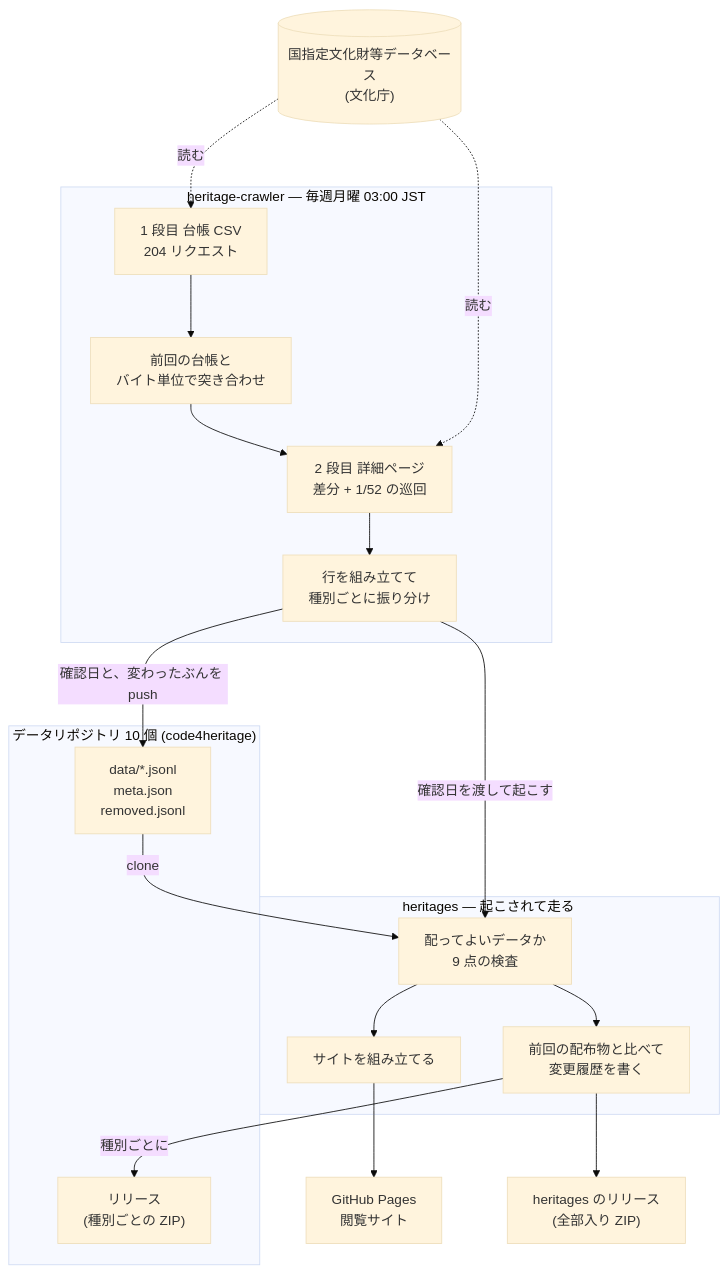
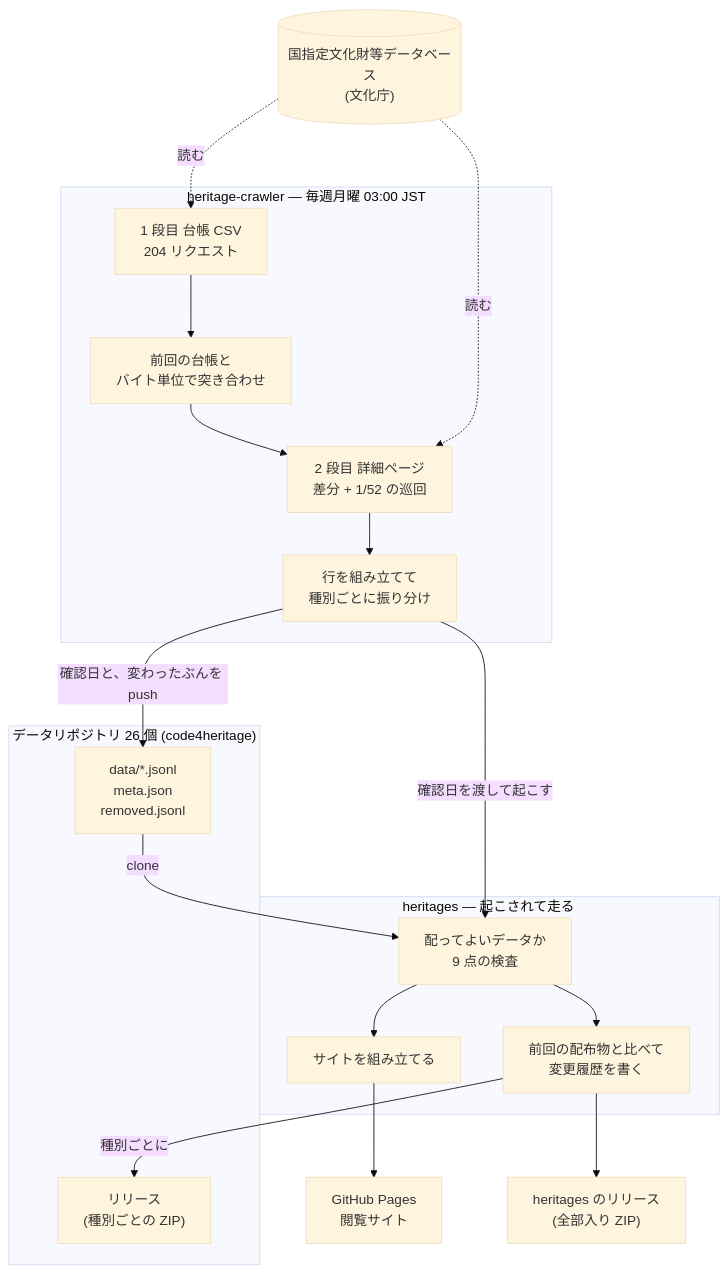
Before and after one commit to shinyaoguri/heritage-crawler: the diagram in docs/pipeline.md, drawn with Mermaid (base theme). The commit also changed other lines of this file and 2 other files, not shown here.

````diff
--- a/docs/pipeline.md
+++ b/docs/pipeline.md
@@ -39,37 +39,37 @@
 ```mermaid
 flowchart TD
     DB[("国指定文化財等データベース<br/>(文化庁)")]
 
     subgraph CR["heritage-crawler — 毎週月曜 03:00 JST"]
         L["1 段目 台帳 CSV<br/>204 リクエスト"]
         D["前回の台帳と<br/>バイト単位で突き合わせ"]
         F["2 段目 詳細ページ<br/>差分 + 1/52 の巡回"]
         B["行を組み立てて<br/>種別ごとに振り分け"]
         L --> D --> F --> B
     end
 
-    subgraph DR["データリポジトリ 10 個 (code4heritage)"]
+    subgraph DR["データリポジトリ 26 個 (code4heritage)"]
         J["data/*.jsonl<br/>meta.json<br/>removed.jsonl"]
         RZ["リリース<br/>(種別ごとの ZIP)"]
     end
 
     subgraph HS["heritages — 起こされて走る"]
         C["配ってよいデータか<br/>9 点の検査"]
         P["サイトを組み立てる"]
         A["前回の配布物と比べて<br/>変更履歴を書く"]
         C --> P
         C --> A
     end
 
     PG["GitHub Pages<br/>閲覧サイト"]
     AZ["heritages のリリース<br/>(全部入り ZIP)"]
 
     DB -.->|"読む"| L
     DB -.->|"読む"| F
     B -->|"確認日と、変わったぶんを push"| J
     B -->|"確認日を渡して起こす"| C
     J -->|"clone"| C
     P --> PG
     A --> AZ
     A -->|"種別ごとに"| RZ
 ```
````
